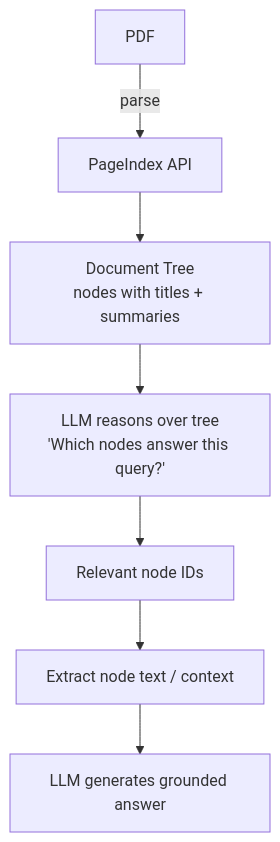
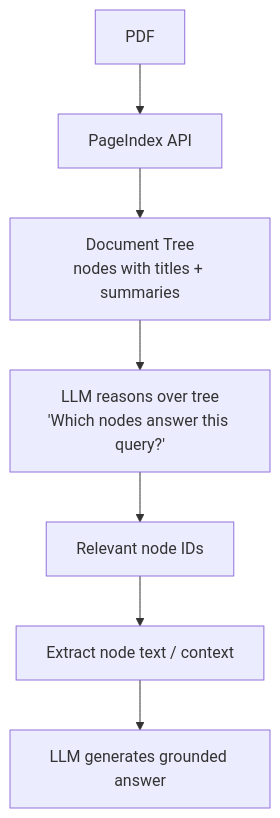
The diagram in README.md (SarathL754/Vectorless-RAG-Reasoning-Based-Retrieval-over-Structured-Documents), drawn with Mermaid before and after one commit.

Commit message:
Fix Mermaid syntax in README.md

````diff
--- a/README.md
+++ b/README.md
@@ -66,9 +66,9 @@
 ```mermaid
 flowchart TD
-    A[PDF] -->|parse| B[PageIndex API]
+    A[PDF] --> B[PageIndex API]
     B --> C[Document Tree\nnodes with titles + summaries]
     C --> D[LLM reasons over tree\n'Which nodes answer this query?']
     D --> E[Relevant node IDs]
     E --> F[Extract node text / context]
     F --> G[LLM generates grounded answer]
 ```
````
